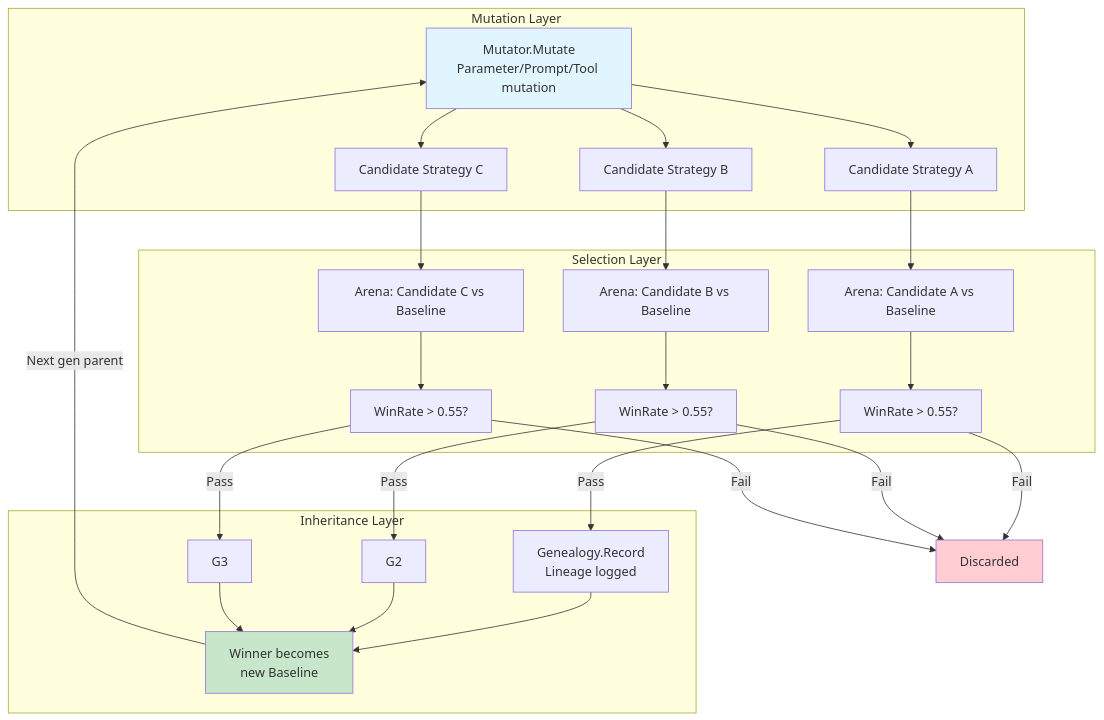
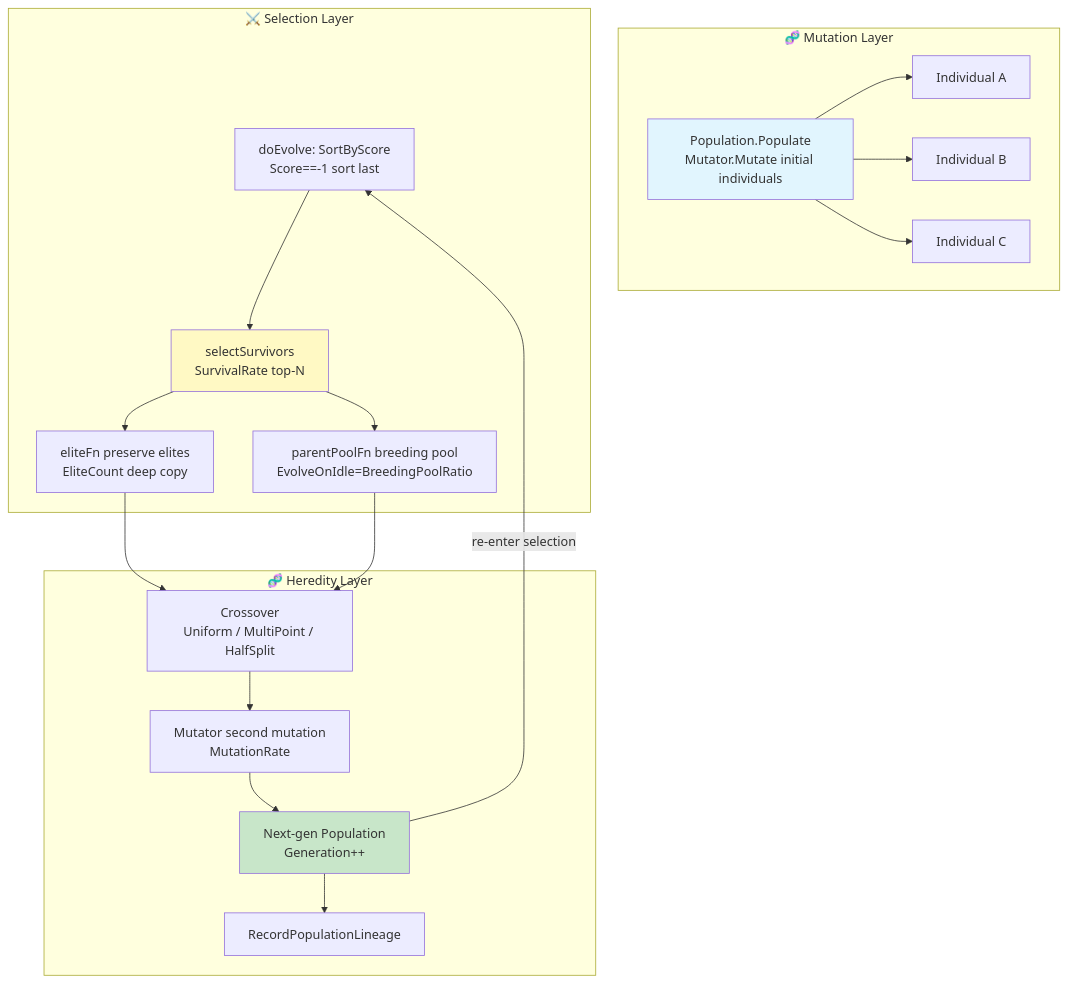
The first of 4 diagrams in docs/articles/en/11-autonomous-evolution-deep-dive.md (Timwood0x10/ARES), drawn with Mermaid before and after one commit. The commit also changed other lines of this file and 2423 other files, not shown here.

````diff
--- a/docs/articles/en/11-autonomous-evolution-deep-dive.md
+++ b/docs/articles/en/11-autonomous-evolution-deep-dive.md
@@ -86,39 +51,30 @@
 ```mermaid
 graph TD
-    subgraph "Mutation Layer"
-        M[Mutator.Mutate<br/>Parameter/Prompt/Tool mutation]
-        M --> C1[Candidate Strategy A]
-        M --> C2[Candidate Strategy B]
-        M --> C3[Candidate Strategy C]
+    subgraph "🧬 Mutation Layer"
+        M[Population.Populate<br/>Mutator.Mutate initial individuals]
+        M --> C1[Individual A]
+        M --> C2[Individual B]
+        M --> C3[Individual C]
     end
 
-    subgraph "Selection Layer"
-        A1[Arena: Candidate A vs Baseline]
-        A2[Arena: Candidate B vs Baseline]
-        A3[Arena: Candidate C vs Baseline]
-        C1 --> A1
-        C2 --> A2
-        C3 --> A3
-        A1 --> WR1[WinRate > 0.55?]
-        A2 --> WR2[WinRate > 0.55?]
-        A3 --> WR3[WinRate > 0.55?]
+    subgraph "⚔️ Selection Layer"
+        A[doEvolve: SortByScore<br/>Score==-1 sort last]
+        A --> S[selectSurvivors<br/>SurvivalRate top-N]
+        S --> E[eliteFn preserve elites<br/>EliteCount deep copy]
+        S --> P[parentPoolFn breeding pool<br/>EvolveOnIdle=BreedingPoolRatio]
     end
 
-    subgraph "Inheritance Layer"
-        WR1 --> |Pass| G1[Genealogy.Record<br/>Lineage logged]
-        WR2 --> |Pass| G2
-        WR3 --> |Pass| G3
-        G1 --> WIN[Winner becomes<br/>new Baseline]
-        G2 --> WIN
-        G3 --> WIN
-        WIN --> |Next gen parent| M
+    subgraph "🧬 Heredity Layer"
+        E --> C4[Crossover<br/>Uniform / MultiPoint / HalfSplit]
+        P --> C4
+        C4 --> MU[Mutator second mutation<br/>MutationRate]
+        MU --> NG[Next-gen Population<br/>Generation++]
+        NG --> R[RecordPopulationLineage]
     end
 
-    WR1 --> |Fail| DISCARD[Discarded]
-    WR2 --> |Fail| DISCARD
-    WR3 --> |Fail| DISCARD
+    NG --> |"re-enter selection"| A
 
     style M fill:#e1f5fe
-    style WIN fill:#c8e6c9
-    style DISCARD fill:#ffcdd2
+    style S fill:#fff9c4
+    style NG fill:#c8e6c9
 ```
````
